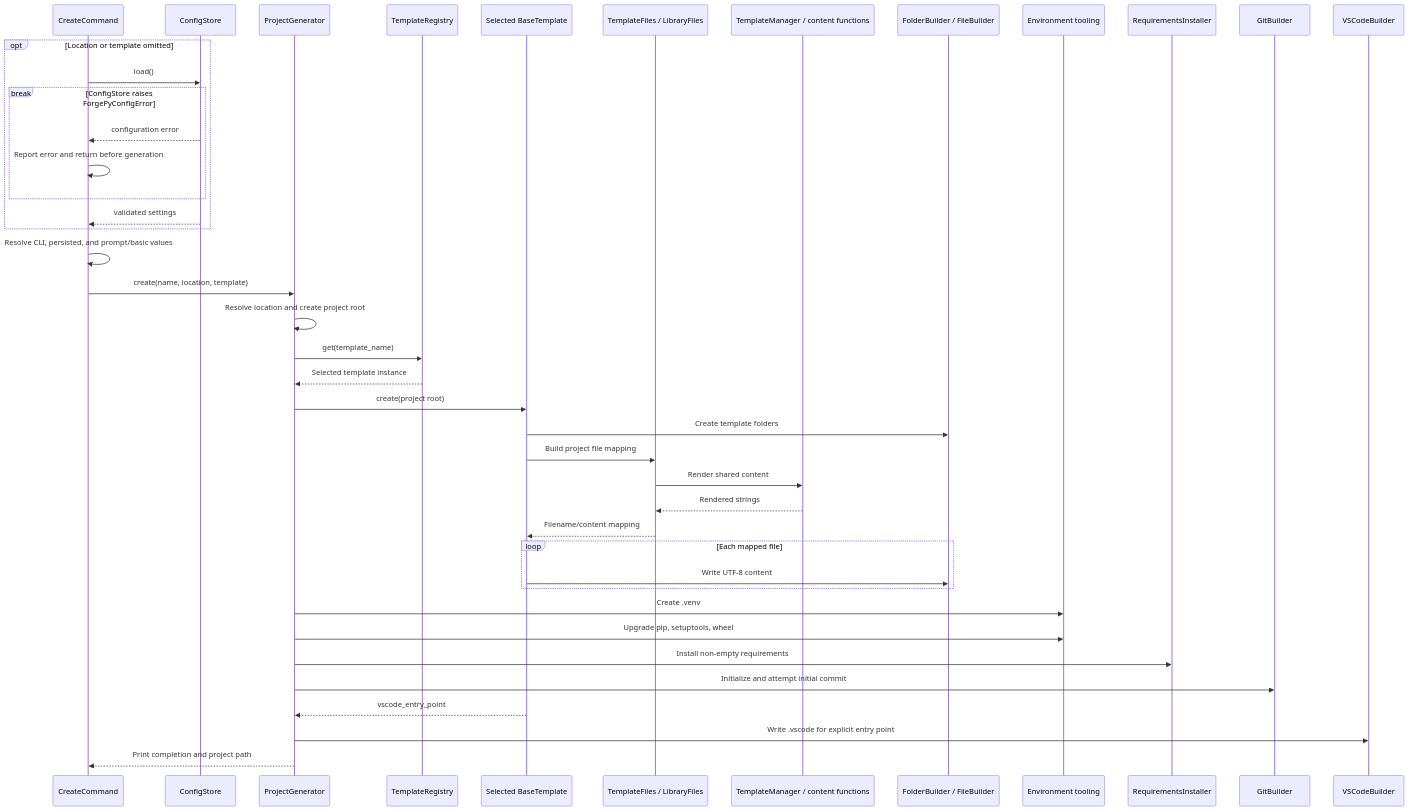
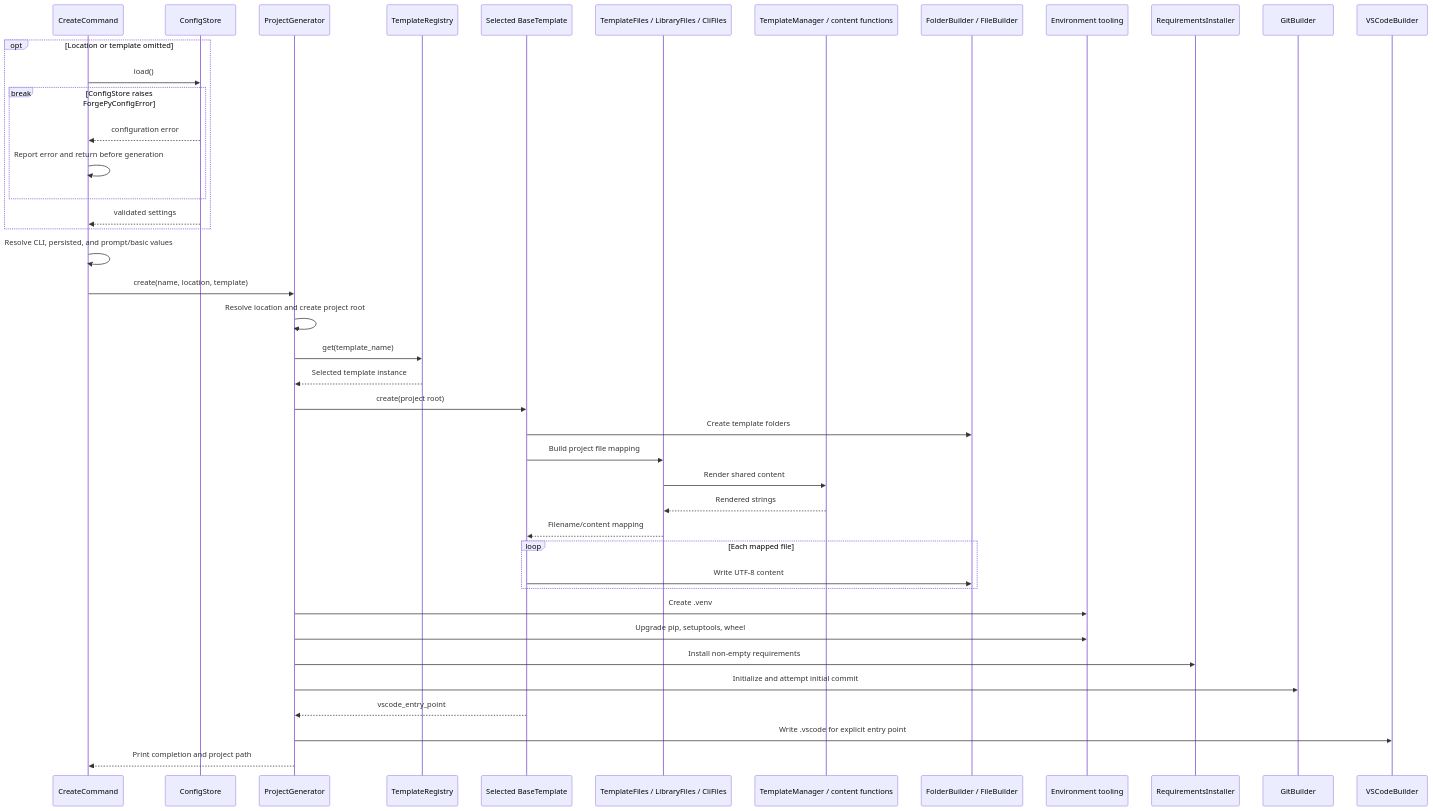
Before and after one commit to rendyzou89/ForgePy: the fourth of 4 diagrams in ARCHITECTURE.md, drawn with Mermaid. The commit also changed other lines of this file and 13 other files, not shown here.

Commit message:
feat(template): add built-in cli template

````diff
--- a/ARCHITECTURE.md
+++ b/ARCHITECTURE.md
@@ -276,45 +310,45 @@
 ```mermaid
 sequenceDiagram
     participant C as CreateCommand
     participant UC as ConfigStore
     participant G as ProjectGenerator
     participant TR as TemplateRegistry
     participant T as Selected BaseTemplate
-    participant F as TemplateFiles / LibraryFiles
+    participant F as TemplateFiles / LibraryFiles / CliFiles
     participant TM as TemplateManager / content functions
     participant B as FolderBuilder / FileBuilder
     participant E as Environment tooling
     participant R as RequirementsInstaller
     participant Git as GitBuilder
     participant V as VSCodeBuilder
 
     opt Location or template omitted
         C->>UC: load()
         break ConfigStore raises ForgePyConfigError
             UC-->>C: configuration error
             C->>C: Report error and return before generation
         end
         UC-->>C: validated settings
     end
     C->>C: Resolve CLI, persisted, and prompt/basic values
     C->>G: create(name, location, template)
     G->>G: Resolve location and create project root
     G->>TR: get(template_name)
     TR-->>G: Selected template instance
     G->>T: create(project root)
     T->>B: Create template folders
     T->>F: Build project file mapping
     F->>TM: Render shared content
     TM-->>F: Rendered strings
     F-->>T: Filename/content mapping
     loop Each mapped file
         T->>B: Write UTF-8 content
     end
     G->>E: Create .venv
     G->>E: Upgrade pip, setuptools, wheel
     G->>R: Install non-empty requirements
     G->>Git: Initialize and attempt initial commit
     T-->>G: vscode_entry_point
     G->>V: Write .vscode for explicit entry point
     G-->>C: Print completion and project path
 ```
````
